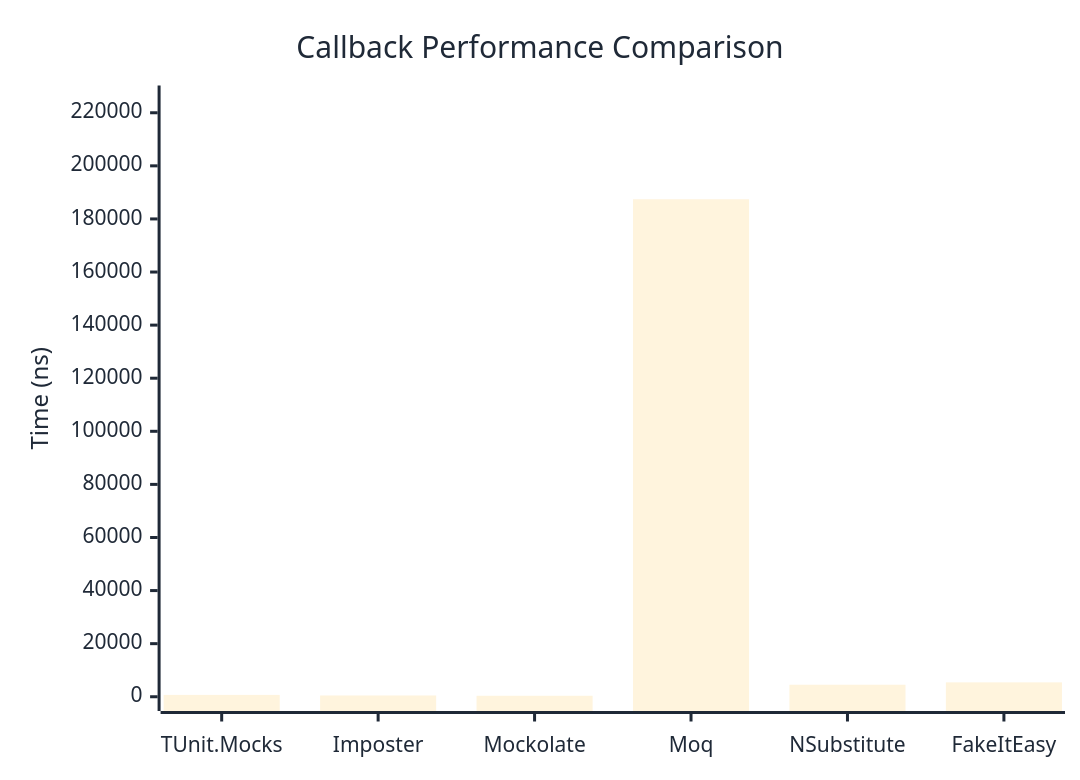
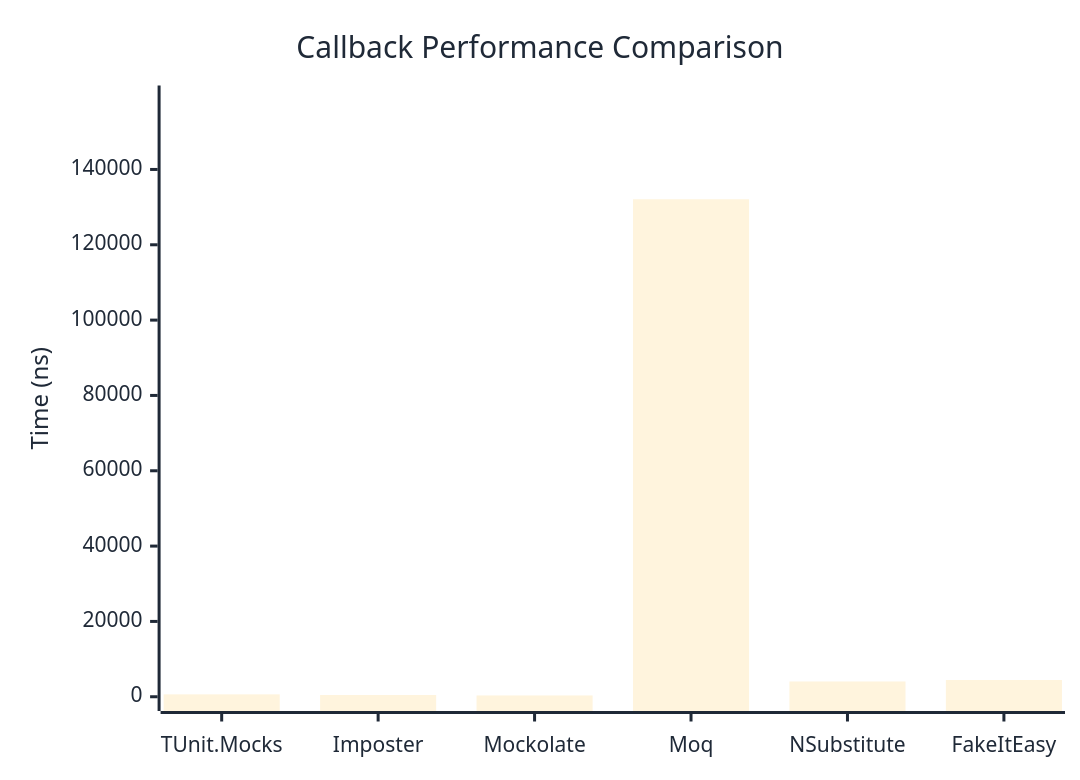
Before and after one commit to thomhurst/TUnit: the first of 2 diagrams in docs/docs/benchmarks/mocks/Callback.md, drawn with Mermaid. The commit also changed other lines of this file and 14 other files, not shown here.

````diff
--- a/docs/docs/benchmarks/mocks/Callback.md
+++ b/docs/docs/benchmarks/mocks/Callback.md
@@ -30,27 +30,27 @@
 ```mermaid
 %%{init: {
   'theme':'base',
   'themeVariables': {
     'primaryColor': '#2563eb',
     'primaryTextColor': '#1f2937',
     'primaryBorderColor': '#1e40af',
     'lineColor': '#6b7280',
     'secondaryColor': '#7c3aed',
     'tertiaryColor': '#dc2626',
     'background': '#ffffff',
     'pie1': '#2563eb',
     'pie2': '#7c3aed',
     'pie3': '#dc2626',
     'pie4': '#f59e0b',
     'pie5': '#10b981',
     'pie6': '#06b6d4',
     'pie7': '#ec4899',
     'pie8': '#6366f1'
   }
 }}%%
 xychart-beta
   title "Callback Performance Comparison"
   x-axis ["TUnit.Mocks", "Imposter", "Mockolate", "Moq", "NSubstitute", "FakeItEasy"]
-  y-axis "Time (ns)" 0 --> 224901
-  bar [691.4, 480.1, 370.9, 187417.4, 4521.9, 5423.4]
+  y-axis "Time (ns)" 0 --> 158506
+  bar [637.4, 464.2, 344.6, 132087.7, 4056.6, 4442.5]
 ```
````
